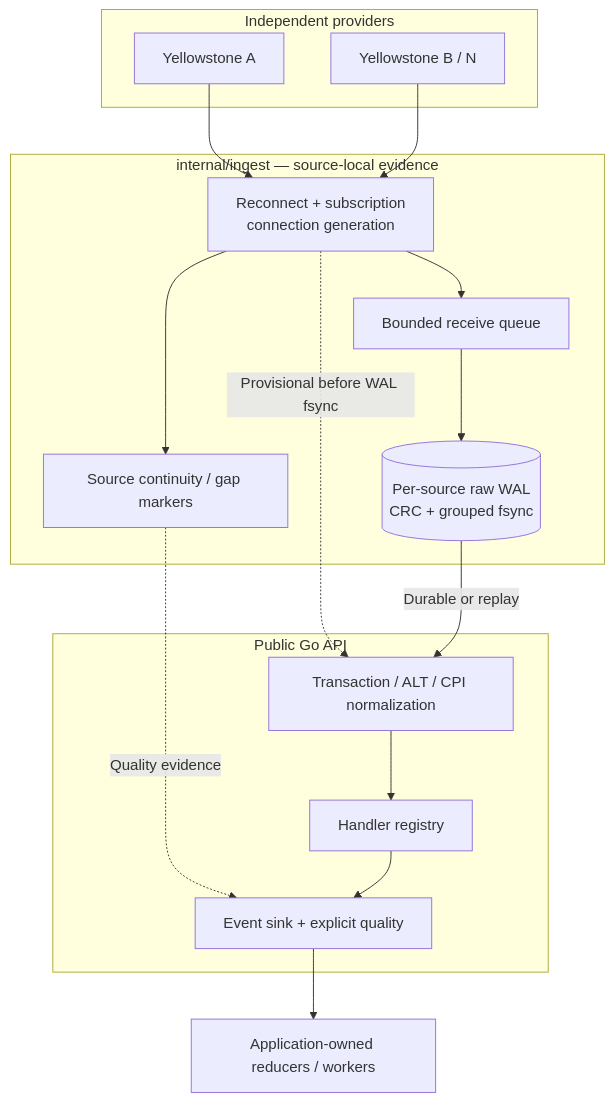
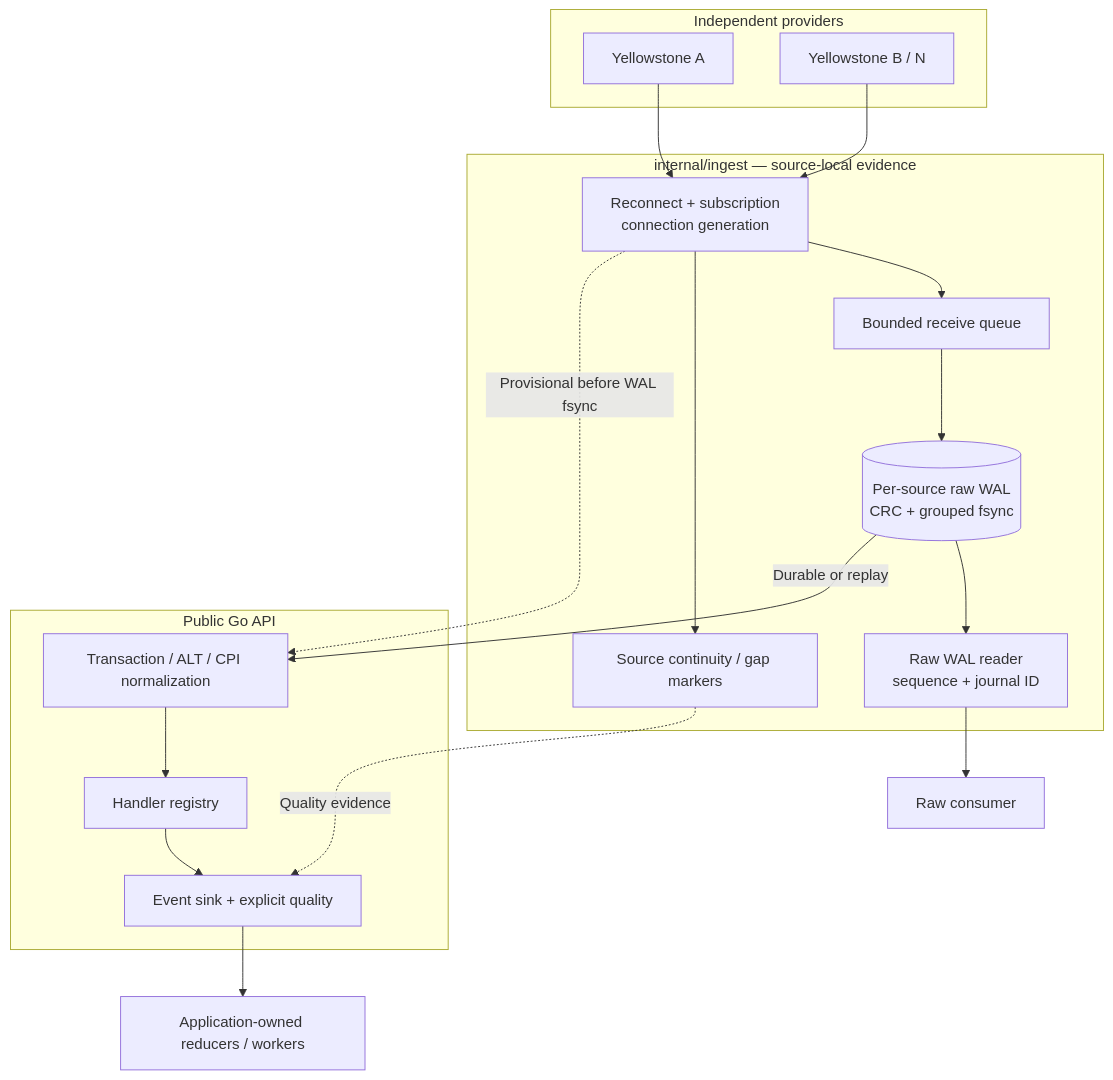
The first of 2 diagrams in docs/ARCHITECTURE.md (sirdont0/solana-yellowstone-grpc-data-core), drawn with Mermaid before and after one commit. The commit also changed other lines of this file and 75 other files, not shown here.

Commit message:
Add universal raw ingestion, durable consumers and audited experimental WAL v2

````diff
--- a/docs/ARCHITECTURE.md
+++ b/docs/ARCHITECTURE.md
@@ -10,27 +10,29 @@
 ```mermaid
 flowchart TB
     subgraph Providers["Independent providers"]
       A["Yellowstone A"]
       B["Yellowstone B / N"]
     end
     subgraph Ingest["internal/ingest — source-local evidence"]
       T["Reconnect + subscription<br/>connection generation"]
       Q["Bounded receive queue"]
       W[("Per-source raw WAL<br/>CRC + grouped fsync")]
+      RR["Raw WAL reader<br/>sequence + journal ID"]
       E["Source continuity / gap markers"]
     end
     subgraph PublicAPI["Public Go API"]
       N["Transaction / ALT / CPI normalization"]
       R["Handler registry"]
       S["Event sink + explicit quality"]
     end
     A --> T
     B --> T
     T --> Q --> W
+    W --> RR --> RC["Raw consumer"]
     T --> E
     T -. "Provisional before WAL fsync" .-> N
     W -- "Durable or replay" --> N
     E -. "Quality evidence" .-> S
     N --> R --> S
     S --> X["Application-owned reducers / workers"]
 ```
````
